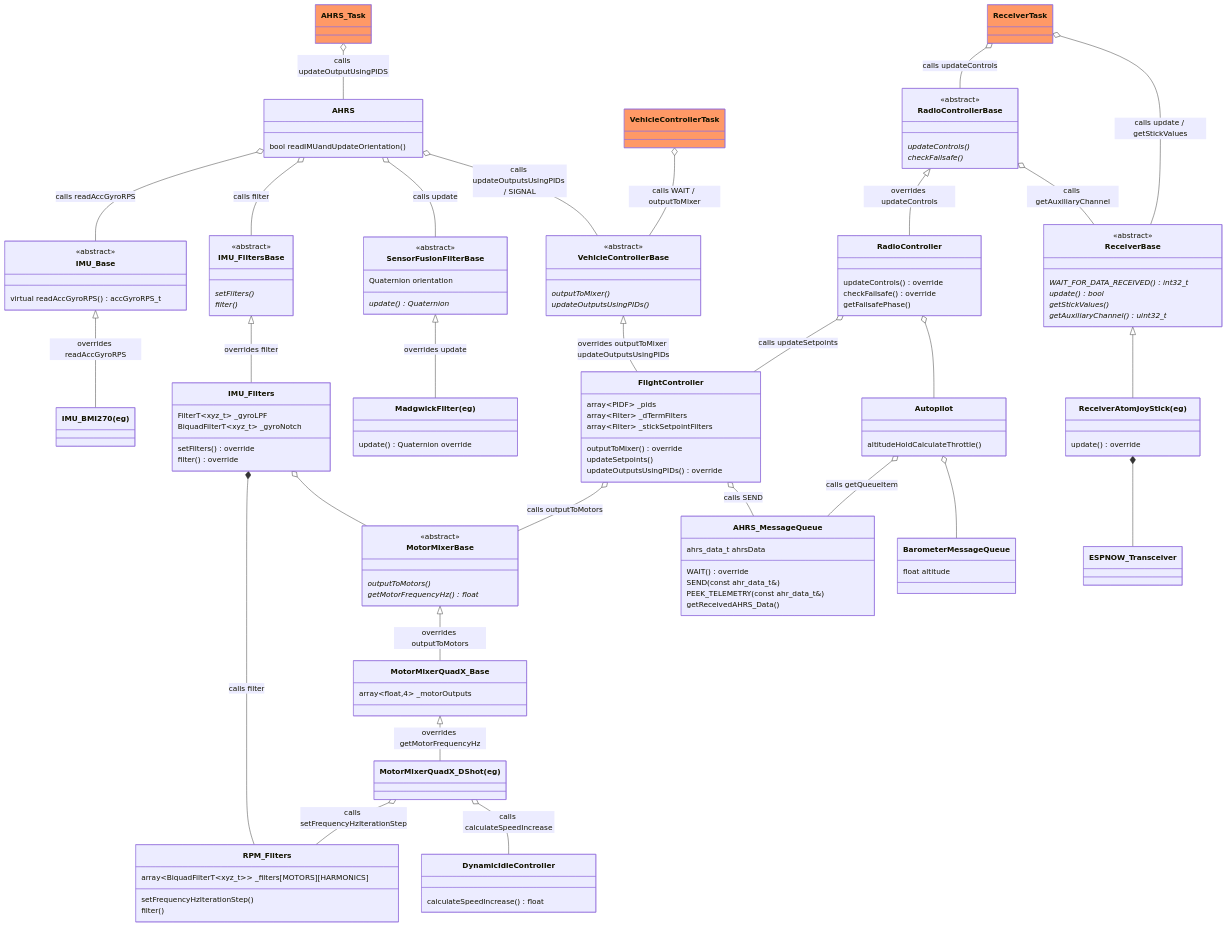
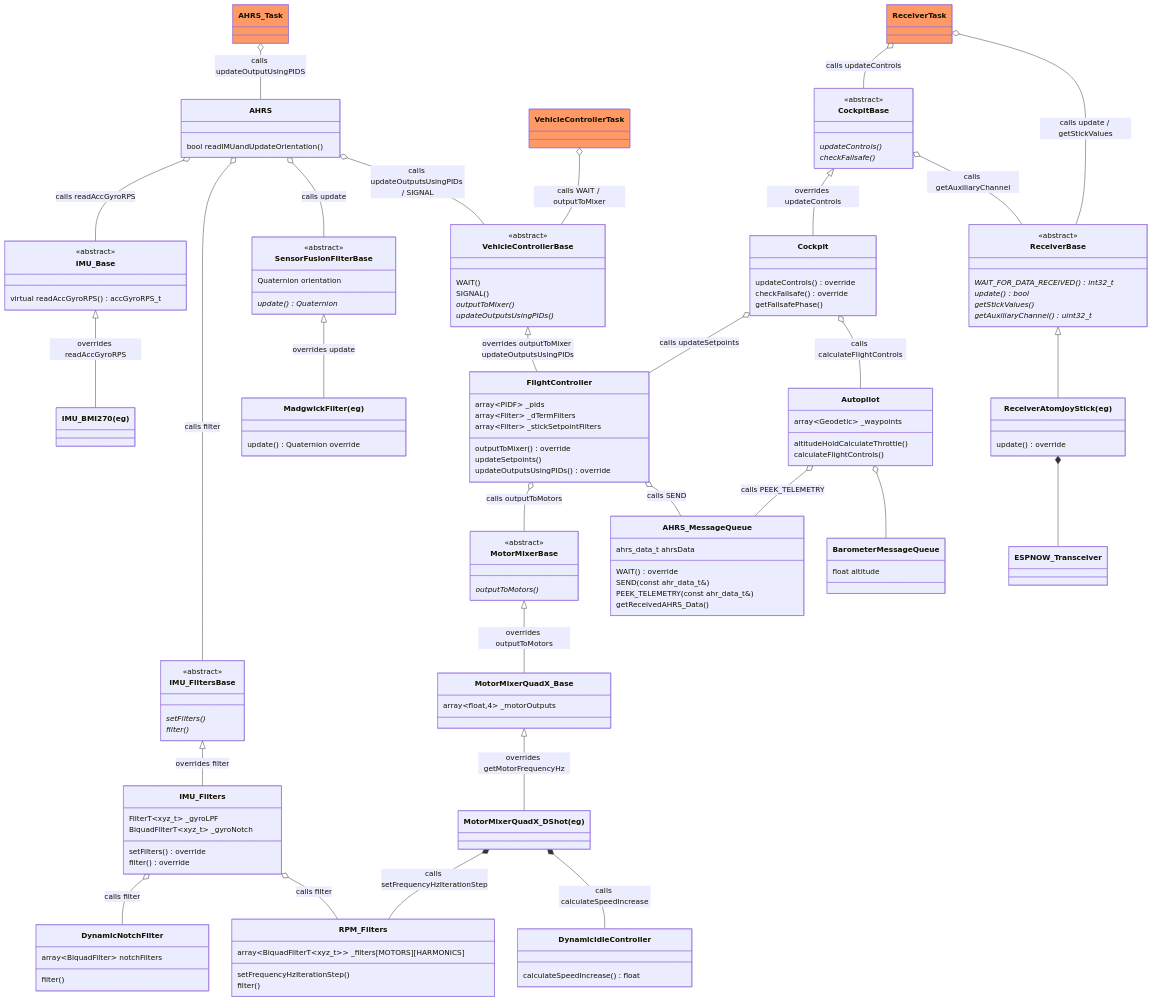
The first of 5 diagrams in README.md (martinbudden/Protoflight), drawn with Mermaid before and after one commit. The commit also changed other lines of this file and 26 other files, not shown here.

Commit message:
Renamed RadioController to Cockpit. Updated readme.

```diff
--- a/README.md
+++ b/README.md
@@ -281,6 +281,8 @@
 
     class VehicleControllerBase {
         <<abstract>>
+        WAIT()
+        SIGNAL()
         outputToMixer() *
         updateOutputsUsingPIDs() *
     }
@@ -289,7 +291,6 @@
     class MotorMixerBase {
         <<abstract>>
         outputToMotors() *
-        getMotorFrequencyHz() float *
     }
     link FlightController "https://github.com/martinbudden/protoflight/blob/main/lib/MotorMixers/src/MotorMixerBase.h"
     MotorMixerBase <|-- MotorMixerQuadX_Base : overrides outputToMotors
@@ -317,7 +318,7 @@
         updateOutputsUsingPIDs() override
     }
     link FlightController "https://github.com/martinbudden/protoflight/blob/main/lib/FlightController/src/FlightController.h"
-    RadioController o-- FlightController : calls updateSetpoints
+    Cockpit o-- FlightController : calls updateSetpoints
     FlightController o-- MotorMixerBase : calls outputToMotors
     FlightController o-- AHRS_MessageQueue : calls SEND
 
@@ -330,32 +331,34 @@
     }
     link ReceiverBase "https://github.com/martinbudden/Library-Receiver/blob/main/src/ReceiverBase.h"
 
-    class RadioControllerBase {
+    class CockpitBase {
         <<abstract>>
         updateControls() *
         checkFailsafe() *
     }
-    link RadioControllerBase "https://github.com/martinbudden/Library-Receiver/blob/main/src/RadioControllerBase.h"
+    link CockpitBase "https://github.com/martinbudden/Library-Receiver/blob/main/src/CockpitBase.h"
 
-    ReceiverTask o-- RadioControllerBase : calls updateControls
+    ReceiverTask o-- CockpitBase : calls updateControls
     ReceiverTask o-- ReceiverBase : calls update / getStickValues
     link ReceiverTask "https://github.com/martinbudden/Library-Receiver/blob/main/src/ReceiverTask.h"
-    %%RadioControllerBase --o ReceiverTask : calls updateControls
+    %%CockpitBase --o ReceiverTask : calls updateControls
 
-    RadioControllerBase <|-- RadioController : overrides updateControls
-    RadioControllerBase o--ReceiverBase : calls getAuxiliaryChannel
-    class RadioController {
+    CockpitBase <|-- Cockpit : overrides updateControls
+    CockpitBase o--ReceiverBase : calls getAuxiliaryChannel
+    class Cockpit {
         updateControls() override
         checkFailsafe() override
         getFailsafePhase()
     }
-    link RadioController "https://github.com/martinbudden/protoflight/blob/main/lib/Helm/src/RadioController.h"
-    RadioController o-- Autopilot
+    link Cockpit "https://github.com/martinbudden/protoflight/blob/main/lib/Helm/src/Cockpit.h"
+    Cockpit o-- Autopilot : calls calculateFlightControls
     class Autopilot {
+        array~Geodetic~ _waypoints
         altitudeHoldCalculateThrottle()
+        calculateFlightControls()
     }
     link FlightController "https://github.com/martinbudden/protoflight/blob/main/lib/Helm/src/Autopilot.h"
-    Autopilot o-- AHRS_MessageQueue : calls getQueueItem
+    Autopilot o-- AHRS_MessageQueue : calls PEEK_TELEMETRY
     class BarometerMessageQueue {
         float altitude
     }
@@ -376,8 +379,14 @@
         filter() override
     }
     link IMU_Filters "https://github.com/martinbudden/protoflight/blob/main/lib/FlightController/src/IMU_Filters.h"
-    IMU_Filters *-- RPM_Filters : calls filter
-    IMU_Filters o-- MotorMixerBase
+    class DynamicNotchFilter {
+        array~BiquadFilter~ notchFilters
+        filter()
+    }
+    link DynamicNotchFilter "https://github.com/martinbudden/protoflight/blob/main/lib/FlightController/src/DynamicNotchFilter.h"
+    IMU_Filters o-- DynamicNotchFilter : calls filter
+    IMU_Filters o-- RPM_Filters : calls filter
+    %%IMU_Filters o-- MotorMixerBase
 
     MotorMixerQuadX_Base <|-- MotorMixerQuadX_DShot : overrides getMotorFrequencyHz
     class MotorMixerQuadX_Base {
@@ -391,8 +400,8 @@
     link DynamicIdleController "https://github.com/martinbudden/protoflight/blob/main/lib/MotorMixers/src/DynamicIdleController.h"
     class MotorMixerQuadX_DShot["MotorMixerQuadX_DShot(eg)"]
     link MotorMixerQuadX_DShot "https://github.com/martinbudden/protoflight/blob/main/lib/MotorMixers/src/MotorMixerQuadX_DShot.h"
-    MotorMixerQuadX_DShot o-- RPM_Filters : calls setFrequencyHzIterationStep
-    MotorMixerQuadX_DShot o-- DynamicIdleController : calls calculateSpeedIncrease
+    MotorMixerQuadX_DShot *-- RPM_Filters : calls setFrequencyHzIterationStep
+    MotorMixerQuadX_DShot *-- DynamicIdleController : calls calculateSpeedIncrease
 
     IMU_Base <|-- IMU_BMI270 : overrides readAccGyroRPS
     class IMU_BMI270["IMU_BMI270(eg)"]
```
